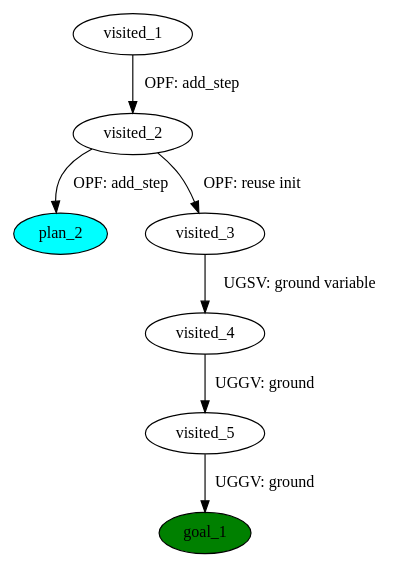
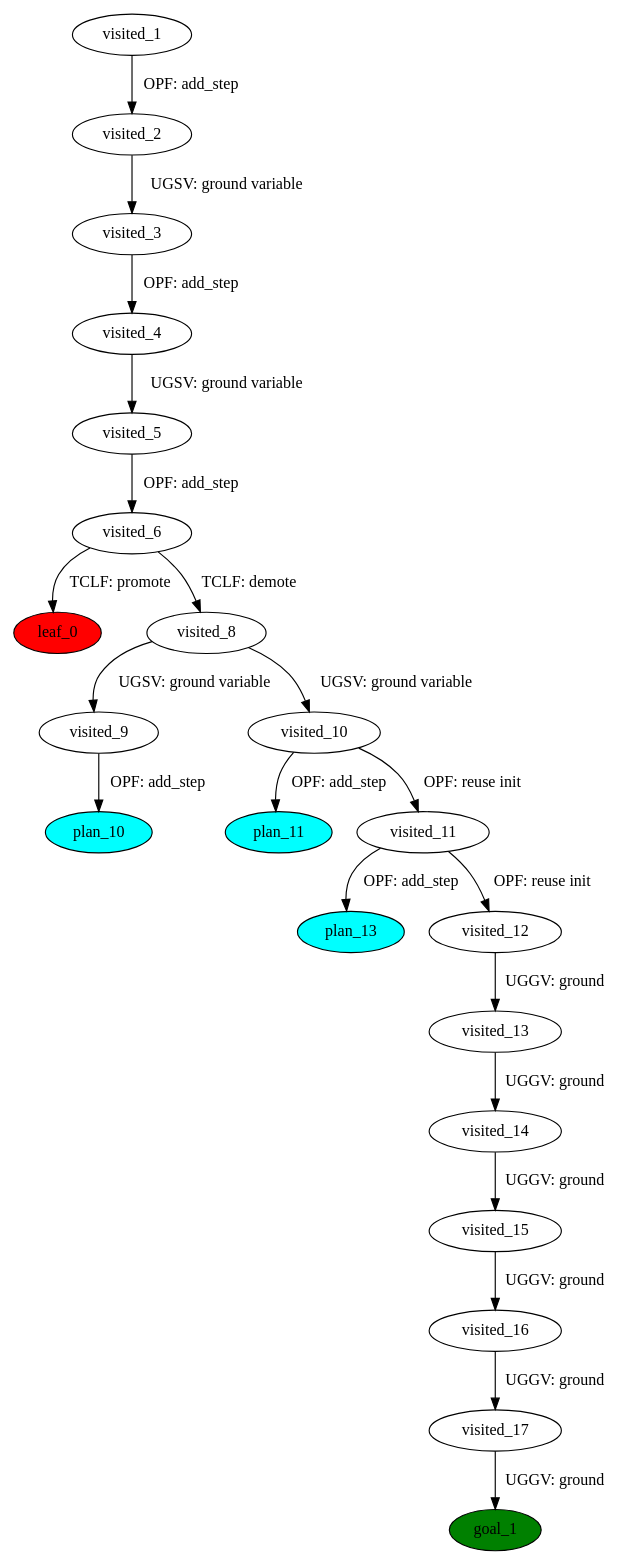
The diagram in plans/manipulation-domain/test_80_problem-plangraph.dot (PetervDooren/PyDPOCL), drawn with Graphviz before and after one commit. The commit also changed 799 other files, not shown here.

```diff
--- a/plans/manipulation-domain/test_80_problem-plangraph.dot
+++ b/plans/manipulation-domain/test_80_problem-plangraph.dot
@@ -1,22 +1,63 @@
 digraph {
-	"8fddbebc-f7ff-88d4-b509-f08a2c988bca" [label=plan_0 fillcolor=cyan style=filled]
-	"8fddbebc-f7ff-88d4-b509-f08a2c988bca" [label=visited_1 fillcolor=white style=filled]
-	"ab86bafd-b57e-c883-d258-6d9016b6bf61" [label=plan_1 fillcolor=cyan style=filled]
-	"8fddbebc-f7ff-88d4-b509-f08a2c988bca" -> "ab86bafd-b57e-c883-d258-6d9016b6bf61" [label="OPF: add_step"]
-	"ab86bafd-b57e-c883-d258-6d9016b6bf61" [label=visited_2 fillcolor=white style=filled]
-	"c9ea356a-7abf-cebf-d42c-b1ae19f738cb" [label=plan_2 fillcolor=cyan style=filled]
-	"ab86bafd-b57e-c883-d258-6d9016b6bf61" -> "c9ea356a-7abf-cebf-d42c-b1ae19f738cb" [label="OPF: add_step"]
-	"5683ede0-17d5-b563-fa60-ede1e5eb772d" [label=plan_3 fillcolor=cyan style=filled]
-	"ab86bafd-b57e-c883-d258-6d9016b6bf61" -> "5683ede0-17d5-b563-fa60-ede1e5eb772d" [label="OPF: reuse init"]
-	"5683ede0-17d5-b563-fa60-ede1e5eb772d" [label=visited_3 fillcolor=white style=filled]
-	"6e6b34b9-07ef-2ba8-b45a-6ab37b94a34d" [label=plan_4 fillcolor=cyan style=filled]
-	"5683ede0-17d5-b563-fa60-ede1e5eb772d" -> "6e6b34b9-07ef-2ba8-b45a-6ab37b94a34d" [label="UGSV: ground variable"]
-	"6e6b34b9-07ef-2ba8-b45a-6ab37b94a34d" [label=visited_4 fillcolor=white style=filled]
-	"9b792afa-2a3d-418d-a754-a29ff143e545" [label=plan_5 fillcolor=cyan style=filled]
-	"6e6b34b9-07ef-2ba8-b45a-6ab37b94a34d" -> "9b792afa-2a3d-418d-a754-a29ff143e545" [label="UGGV: ground"]
-	"9b792afa-2a3d-418d-a754-a29ff143e545" [label=visited_5 fillcolor=white style=filled]
-	"0db5d441-2837-f418-6f27-c1b9e3c6dedb" [label=plan_6 fillcolor=cyan style=filled]
-	"9b792afa-2a3d-418d-a754-a29ff143e545" -> "0db5d441-2837-f418-6f27-c1b9e3c6dedb" [label="UGGV: ground"]
-	"0db5d441-2837-f418-6f27-c1b9e3c6dedb" [label=visited_6 fillcolor=white style=filled]
-	"0db5d441-2837-f418-6f27-c1b9e3c6dedb" [label=goal_1 fillcolor=green style=filled]
+	"4aea1b8f-b43c-de0a-fa9f-c10e52daf681" [label=plan_0 fillcolor=cyan style=filled]
+	"4aea1b8f-b43c-de0a-fa9f-c10e52daf681" [label=visited_1 fillcolor=white style=filled]
+	"b1d81887-4739-cc7b-bff3-0c8d83ff3e96" [label=plan_1 fillcolor=cyan style=filled]
+	"4aea1b8f-b43c-de0a-fa9f-c10e52daf681" -> "b1d81887-4739-cc7b-bff3-0c8d83ff3e96" [label="OPF: add_step"]
+	"b1d81887-4739-cc7b-bff3-0c8d83ff3e96" [label=visited_2 fillcolor=white style=filled]
+	"216e9fe5-93f3-7596-8c1c-8b0556771f36" [label=plan_2 fillcolor=cyan style=filled]
+	"b1d81887-4739-cc7b-bff3-0c8d83ff3e96" -> "216e9fe5-93f3-7596-8c1c-8b0556771f36" [label="UGSV: ground variable"]
+	"216e9fe5-93f3-7596-8c1c-8b0556771f36" [label=visited_3 fillcolor=white style=filled]
+	"c9ce44bd-7c3f-1add-da38-5db590eeb067" [label=plan_3 fillcolor=cyan style=filled]
+	"216e9fe5-93f3-7596-8c1c-8b0556771f36" -> "c9ce44bd-7c3f-1add-da38-5db590eeb067" [label="OPF: add_step"]
+	"c9ce44bd-7c3f-1add-da38-5db590eeb067" [label=visited_4 fillcolor=white style=filled]
+	"1519830c-4019-8303-5c45-7e4da79313b8" [label=plan_4 fillcolor=cyan style=filled]
+	"c9ce44bd-7c3f-1add-da38-5db590eeb067" -> "1519830c-4019-8303-5c45-7e4da79313b8" [label="UGSV: ground variable"]
+	"1519830c-4019-8303-5c45-7e4da79313b8" [label=visited_5 fillcolor=white style=filled]
+	"a0279a18-6576-a410-0d41-ee472a5fda18" [label=plan_5 fillcolor=cyan style=filled]
+	"1519830c-4019-8303-5c45-7e4da79313b8" -> "a0279a18-6576-a410-0d41-ee472a5fda18" [label="OPF: add_step"]
+	"a0279a18-6576-a410-0d41-ee472a5fda18" [label=visited_6 fillcolor=white style=filled]
+	"1a6b6a7d-1a38-aad6-ce53-2ffdbb134f02" [label=plan_6 fillcolor=cyan style=filled]
+	"a0279a18-6576-a410-0d41-ee472a5fda18" -> "1a6b6a7d-1a38-aad6-ce53-2ffdbb134f02" [label="TCLF: promote"]
+	"4c9bff5c-e188-7eaf-5e18-85c35037cd6b" [label=plan_7 fillcolor=cyan style=filled]
+	"a0279a18-6576-a410-0d41-ee472a5fda18" -> "4c9bff5c-e188-7eaf-5e18-85c35037cd6b" [label="TCLF: demote"]
+	"1a6b6a7d-1a38-aad6-ce53-2ffdbb134f02" [label=visited_7 fillcolor=white style=filled]
+	"1a6b6a7d-1a38-aad6-ce53-2ffdbb134f02" [label=leaf_0 fillcolor=red style=filled]
+	"4c9bff5c-e188-7eaf-5e18-85c35037cd6b" [label=visited_8 fillcolor=white style=filled]
+	"d038e153-c601-818b-61fa-01ba231ae7c7" [label=plan_8 fillcolor=cyan style=filled]
+	"4c9bff5c-e188-7eaf-5e18-85c35037cd6b" -> "d038e153-c601-818b-61fa-01ba231ae7c7" [label="UGSV: ground variable"]
+	"a43e558c-2215-df00-dfdf-0e05c0cef31b" [label=plan_9 fillcolor=cyan style=filled]
+	"4c9bff5c-e188-7eaf-5e18-85c35037cd6b" -> "a43e558c-2215-df00-dfdf-0e05c0cef31b" [label="UGSV: ground variable"]
+	"d038e153-c601-818b-61fa-01ba231ae7c7" [label=visited_9 fillcolor=white style=filled]
+	"11836c4f-2492-04c7-ad58-db1bfe31537a" [label=plan_10 fillcolor=cyan style=filled]
+	"d038e153-c601-818b-61fa-01ba231ae7c7" -> "11836c4f-2492-04c7-ad58-db1bfe31537a" [label="OPF: add_step"]
+	"a43e558c-2215-df00-dfdf-0e05c0cef31b" [label=visited_10 fillcolor=white style=filled]
+	"3f87dfc2-1591-52f2-a505-da9c46e75a2c" [label=plan_11 fillcolor=cyan style=filled]
+	"a43e558c-2215-df00-dfdf-0e05c0cef31b" -> "3f87dfc2-1591-52f2-a505-da9c46e75a2c" [label="OPF: add_step"]
+	"a3595d1f-7fe4-a42e-3db7-88a61cdcc4c2" [label=plan_12 fillcolor=cyan style=filled]
+	"a43e558c-2215-df00-dfdf-0e05c0cef31b" -> "a3595d1f-7fe4-a42e-3db7-88a61cdcc4c2" [label="OPF: reuse init"]
+	"a3595d1f-7fe4-a42e-3db7-88a61cdcc4c2" [label=visited_11 fillcolor=white style=filled]
+	"e3837348-873d-c8bd-122d-d7be980bc81e" [label=plan_13 fillcolor=cyan style=filled]
+	"a3595d1f-7fe4-a42e-3db7-88a61cdcc4c2" -> "e3837348-873d-c8bd-122d-d7be980bc81e" [label="OPF: add_step"]
+	"c4615234-8044-beb2-b66e-dbf4a0ea0251" [label=plan_14 fillcolor=cyan style=filled]
+	"a3595d1f-7fe4-a42e-3db7-88a61cdcc4c2" -> "c4615234-8044-beb2-b66e-dbf4a0ea0251" [label="OPF: reuse init"]
+	"c4615234-8044-beb2-b66e-dbf4a0ea0251" [label=visited_12 fillcolor=white style=filled]
+	"66fba71d-b3a9-dcaa-6c6f-6d2e6a59c043" [label=plan_15 fillcolor=cyan style=filled]
+	"c4615234-8044-beb2-b66e-dbf4a0ea0251" -> "66fba71d-b3a9-dcaa-6c6f-6d2e6a59c043" [label="UGGV: ground"]
+	"66fba71d-b3a9-dcaa-6c6f-6d2e6a59c043" [label=visited_13 fillcolor=white style=filled]
+	"89a3c811-895c-4fde-a3fa-40691519fd38" [label=plan_16 fillcolor=cyan style=filled]
+	"66fba71d-b3a9-dcaa-6c6f-6d2e6a59c043" -> "89a3c811-895c-4fde-a3fa-40691519fd38" [label="UGGV: ground"]
+	"89a3c811-895c-4fde-a3fa-40691519fd38" [label=visited_14 fillcolor=white style=filled]
+	"15669e36-4708-203b-2716-10c19db54283" [label=plan_17 fillcolor=cyan style=filled]
+	"89a3c811-895c-4fde-a3fa-40691519fd38" -> "15669e36-4708-203b-2716-10c19db54283" [label="UGGV: ground"]
+	"15669e36-4708-203b-2716-10c19db54283" [label=visited_15 fillcolor=white style=filled]
+	"ebc1bb52-82e4-dd4a-143a-c1c54f560ed5" [label=plan_18 fillcolor=cyan style=filled]
+	"15669e36-4708-203b-2716-10c19db54283" -> "ebc1bb52-82e4-dd4a-143a-c1c54f560ed5" [label="UGGV: ground"]
+	"ebc1bb52-82e4-dd4a-143a-c1c54f560ed5" [label=visited_16 fillcolor=white style=filled]
+	"27c6cbb1-cedd-069d-f96c-9a0a3404c02a" [label=plan_19 fillcolor=cyan style=filled]
+	"ebc1bb52-82e4-dd4a-143a-c1c54f560ed5" -> "27c6cbb1-cedd-069d-f96c-9a0a3404c02a" [label="UGGV: ground"]
+	"27c6cbb1-cedd-069d-f96c-9a0a3404c02a" [label=visited_17 fillcolor=white style=filled]
+	"9620bee6-6406-face-53a5-e8508950ddd6" [label=plan_20 fillcolor=cyan style=filled]
+	"27c6cbb1-cedd-069d-f96c-9a0a3404c02a" -> "9620bee6-6406-face-53a5-e8508950ddd6" [label="UGGV: ground"]
+	"9620bee6-6406-face-53a5-e8508950ddd6" [label=visited_18 fillcolor=white style=filled]
+	"9620bee6-6406-face-53a5-e8508950ddd6" [label=goal_1 fillcolor=green style=filled]
 }
```
